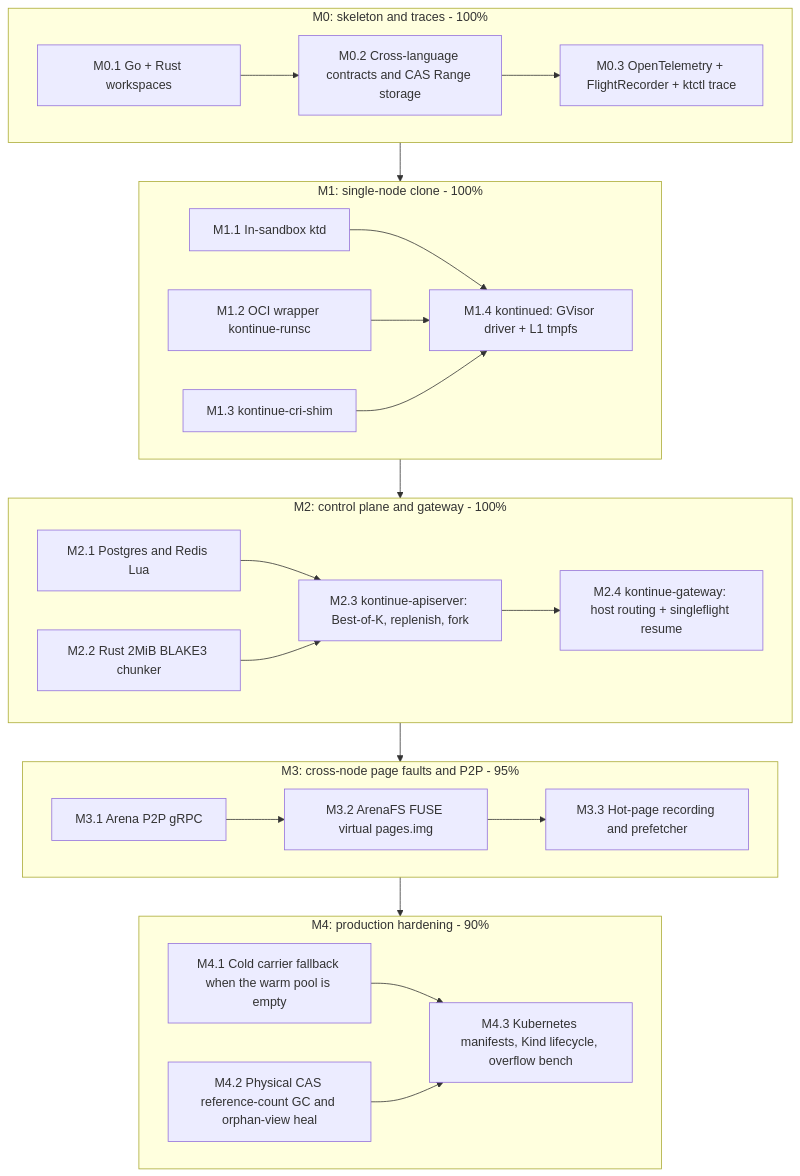
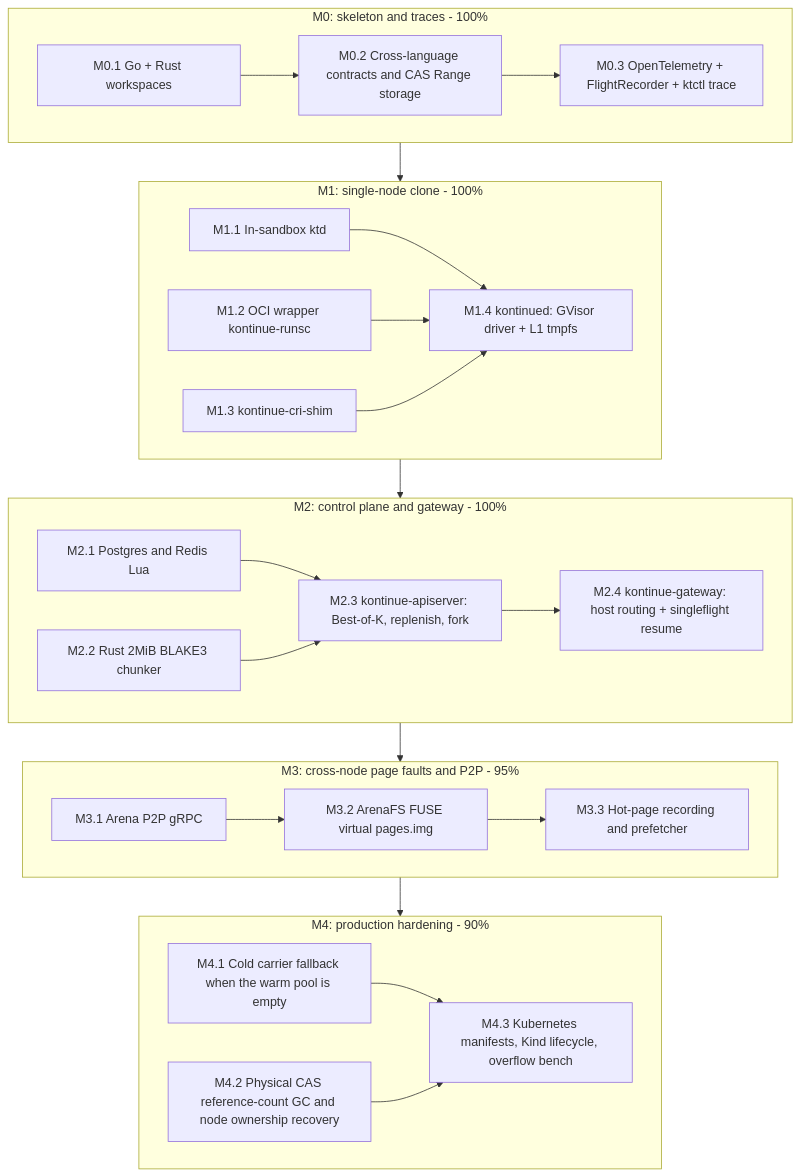
The diagram in docs/PLAN.md (lingdie/kontinue), drawn with Mermaid before and after one commit. The commit also changed other lines of this file and 4 other files, not shown here.

````diff
--- a/docs/PLAN.md
+++ b/docs/PLAN.md
@@ -21,46 +176,46 @@
 ```mermaid
 flowchart TB
     subgraph m0 [M0: skeleton and traces - 100%]
         M0_1["M0.1 Go + Rust workspaces"]
         M0_2["M0.2 Cross-language contracts and CAS Range storage"]
         M0_3["M0.3 OpenTelemetry + FlightRecorder + ktctl trace"]
         M0_1 --> M0_2 --> M0_3
     end
 
     subgraph m1 [M1: single-node clone - 100%]
         M1_1["M1.1 In-sandbox ktd"]
         M1_2["M1.2 OCI wrapper kontinue-runsc"]
         M1_3["M1.3 kontinue-cri-shim"]
         M1_4["M1.4 kontinued: GVisor driver + L1 tmpfs"]
         M1_1 --> M1_4
         M1_2 --> M1_4
         M1_3 --> M1_4
     end
 
     subgraph m2 [M2: control plane and gateway - 100%]
         M2_1["M2.1 Postgres and Redis Lua"]
         M2_2["M2.2 Rust 2MiB BLAKE3 chunker"]
         M2_3["M2.3 kontinue-apiserver: Best-of-K, replenish, fork"]
         M2_4["M2.4 kontinue-gateway: host routing + singleflight resume"]
         M2_1 --> M2_3
         M2_2 --> M2_3
         M2_3 --> M2_4
     end
 
     subgraph m3 [M3: cross-node page faults and P2P - 95%]
         M3_1["M3.1 Arena P2P gRPC"]
         M3_2["M3.2 ArenaFS FUSE virtual pages.img"]
         M3_3["M3.3 Hot-page recording and prefetcher"]
         M3_1 --> M3_2 --> M3_3
     end
 
     subgraph m4 [M4: production hardening - 90%]
         M4_1["M4.1 Cold carrier fallback when the warm pool is empty"]
-        M4_2["M4.2 Physical CAS reference-count GC and orphan-view heal"]
+        M4_2["M4.2 Physical CAS reference-count GC and node ownership recovery"]
         M4_3["M4.3 Kubernetes manifests, Kind lifecycle, overflow bench"]
         M4_1 --> M4_3
         M4_2 --> M4_3
     end
 
     m0 --> m1 --> m2 --> m3 --> m4
 ```
````
